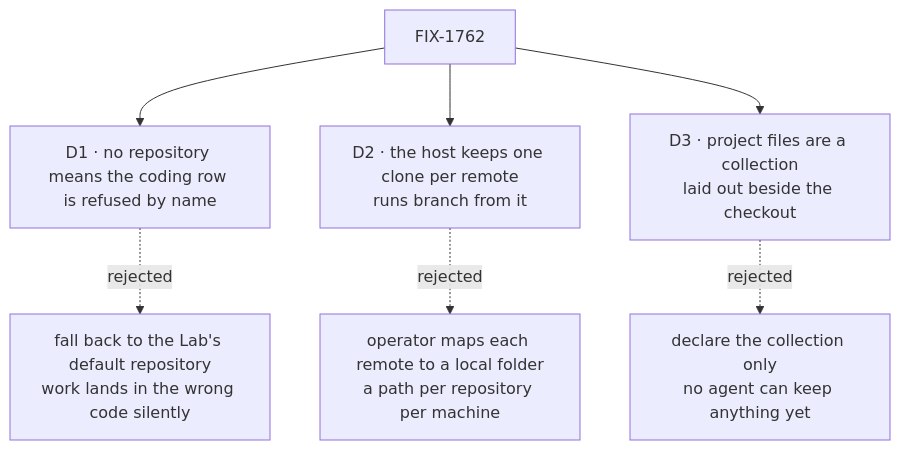
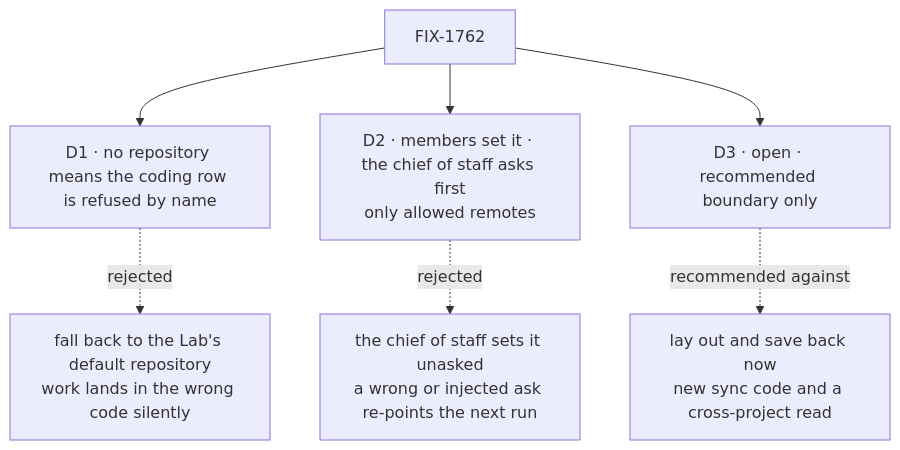
The diagram in specs/issues/FIX-1762/DECISIONS.md (fixpoint-labs/flow-state-dev), drawn with Mermaid before and after one commit. The commit also changed other lines of this file and 8 other files, not shown here.

````diff
--- a/specs/issues/FIX-1762/DECISIONS.md
+++ b/specs/issues/FIX-1762/DECISIONS.md
@@ -10,9 +10,9 @@
 ```mermaid
 flowchart TD
   I["FIX-1762"] --> D1["D1 · no repository means the coding row is refused by name"]
   D1 -.->|"rejected"| X1["fall back to the Lab's default repository<br/>work lands in the wrong code silently"]
-  I --> D2["D2 · the host keeps one clone per remote<br/>runs branch from it"]
-  D2 -.->|"rejected"| X2["operator maps each remote to a local folder<br/>a path per repository per machine"]
-  I --> D3["D3 · project files are a collection<br/>laid out beside the checkout"]
-  D3 -.->|"rejected"| X3["declare the collection only<br/>no agent can keep anything yet"]
+  I --> D2["D2 · members set it · the chief of staff asks first<br/>only allowed remotes"]
+  D2 -.->|"rejected"| X2["the chief of staff sets it unasked<br/>a wrong or injected ask re-points the next run"]
+  I --> D3["D3 · open · recommended boundary only"]
+  D3 -.->|"recommended against"| X3["lay out and save back now<br/>new sync code and a cross-project read"]
 ```
````
